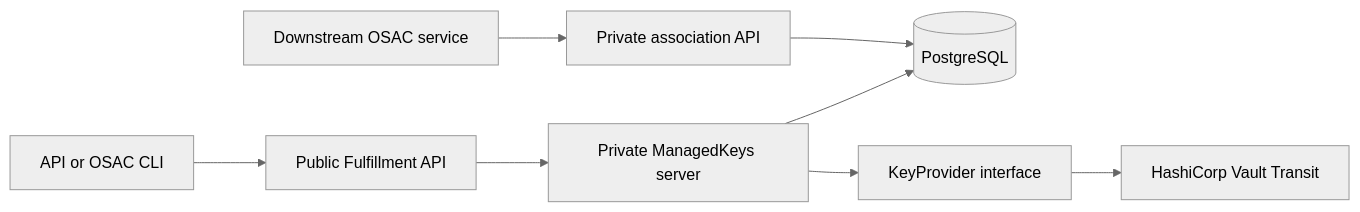
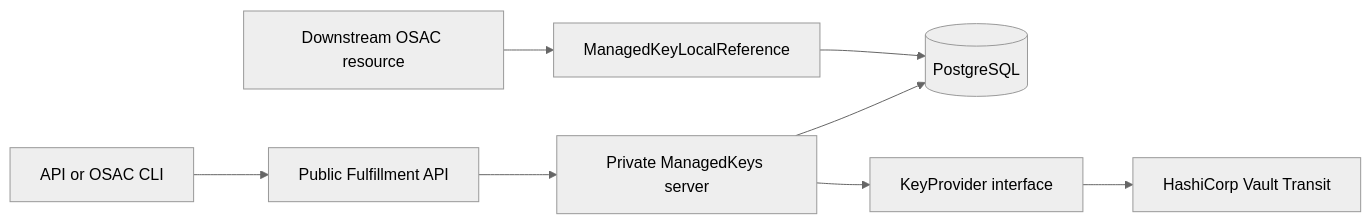
One commit to osac-project/enhancement-proposals changed the diagram in enhancements/OSAC-3612-key-management-service/design.md. Above: the diagram before and after it, drawn with Mermaid (neutral theme). The commit also changed other lines of this file and 2 other files, not shown here.

Commit message:
OSAC-3612: simplify managed key lifecycle design

````diff
--- a/enhancements/OSAC-3612-key-management-service/design.md
+++ b/enhancements/OSAC-3612-key-management-service/design.md
@@ -61,10 +61,10 @@
 ```mermaid
 flowchart LR
     User[API or OSAC CLI] --> Public[Public Fulfillment API]
     Public --> Private[Private ManagedKeys server]
     Private --> DB[(PostgreSQL)]
     Private --> Provider[KeyProvider interface]
     Provider --> Transit[HashiCorp Vault Transit]
-    Consumer[Downstream OSAC service] --> Association[Private association API]
-    Association --> DB
+    Consumer[Downstream OSAC resource] --> Reference[ManagedKeyLocalReference]
+    Reference --> DB
 ```
````
